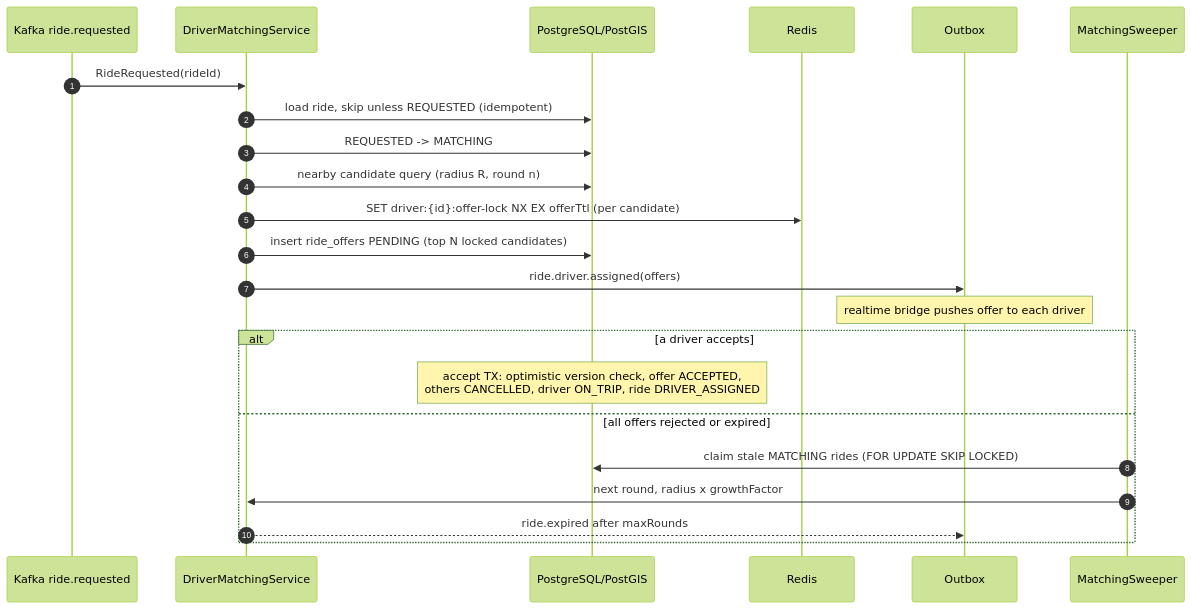
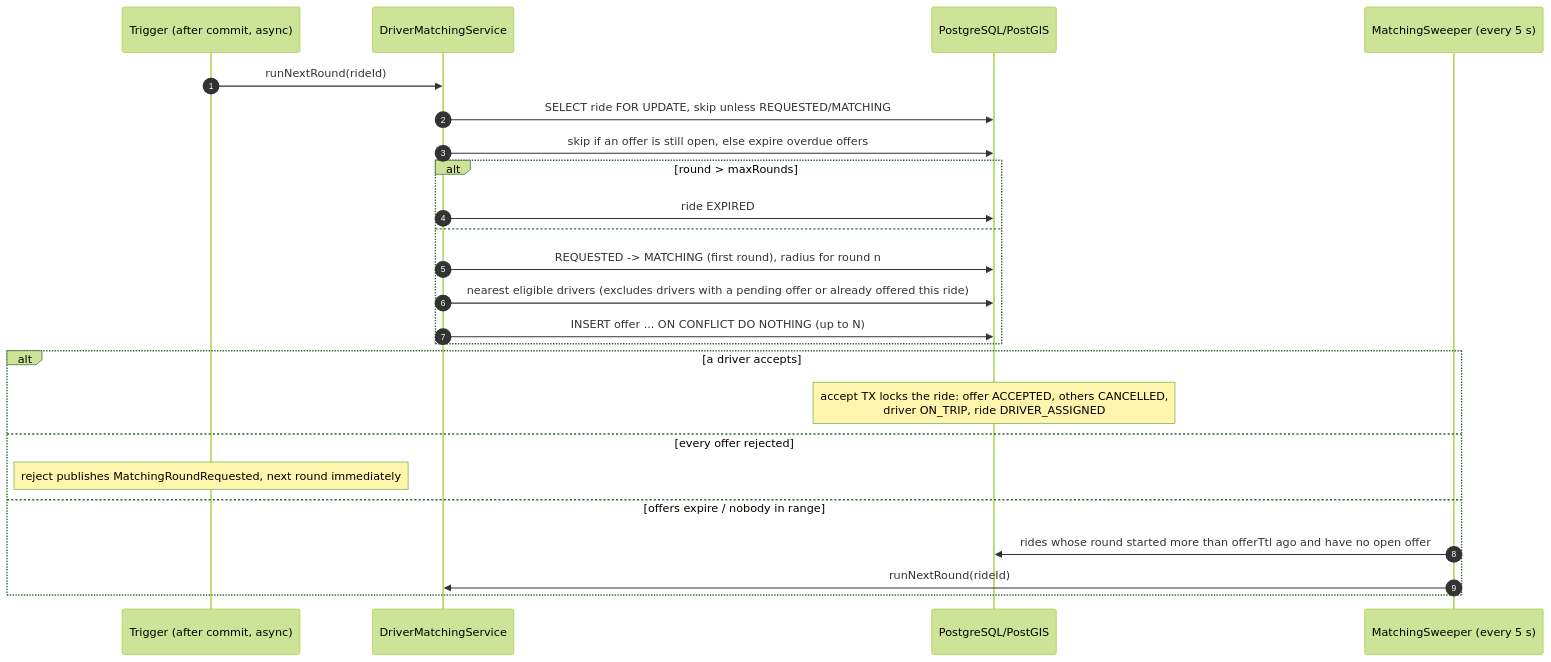
One commit to saitharun1903/Rapo changed the fourth of 10 diagrams in docs/architecture.md. Above: the diagram before and after it, drawn with Mermaid (forest theme). The commit also changed other lines of this file and 4 other files, not shown here.

````diff
--- a/docs/architecture.md
+++ b/docs/architecture.md
@@ -293,26 +297,27 @@
 ```mermaid
 sequenceDiagram
     autonumber
-    participant K as Kafka ride.requested
+    participant T as Trigger (after commit, async)
     participant M as DriverMatchingService
     participant PG as PostgreSQL/PostGIS
-    participant R as Redis
-    participant O as Outbox
-    participant S as MatchingSweeper
+    participant S as MatchingSweeper (every 5 s)
 
-    K->>M: RideRequested(rideId)
-    M->>PG: load ride, skip unless REQUESTED (idempotent)
-    M->>PG: REQUESTED -> MATCHING
-    M->>PG: nearby candidate query (radius R, round n)
-    M->>R: SET driver:{id}:offer-lock NX EX offerTtl (per candidate)
-    M->>PG: insert ride_offers PENDING (top N locked candidates)
-    M->>O: ride.driver.assigned(offers)
-    Note over O: realtime bridge pushes offer to each driver
+    T->>M: runNextRound(rideId)
+    M->>PG: SELECT ride FOR UPDATE, skip unless REQUESTED/MATCHING
+    M->>PG: skip if an offer is still open, else expire overdue offers
+    alt round > maxRounds
+        M->>PG: ride EXPIRED
+    else
+        M->>PG: REQUESTED -> MATCHING (first round), radius for round n
+        M->>PG: nearest eligible drivers (excludes drivers with a pending offer or already offered this ride)
+        M->>PG: INSERT offer ... ON CONFLICT DO NOTHING (up to N)
+    end
     alt a driver accepts
-        Note over PG: accept TX: optimistic version check, offer ACCEPTED,<br/>others CANCELLED, driver ON_TRIP, ride DRIVER_ASSIGNED
-    else all offers rejected or expired
-        S->>PG: claim stale MATCHING rides (FOR UPDATE SKIP LOCKED)
-        S->>M: next round, radius x growthFactor
-        M-->>O: ride.expired after maxRounds
+        Note over PG: accept TX locks the ride: offer ACCEPTED, others CANCELLED,<br/>driver ON_TRIP, ride DRIVER_ASSIGNED
+    else every offer rejected
+        Note over T: reject publishes MatchingRoundRequested, next round immediately
+    else offers expire / nobody in range
+        S->>PG: rides whose round started more than offerTtl ago and have no open offer
+        S->>M: runNextRound(rideId)
     end
 ```
````
